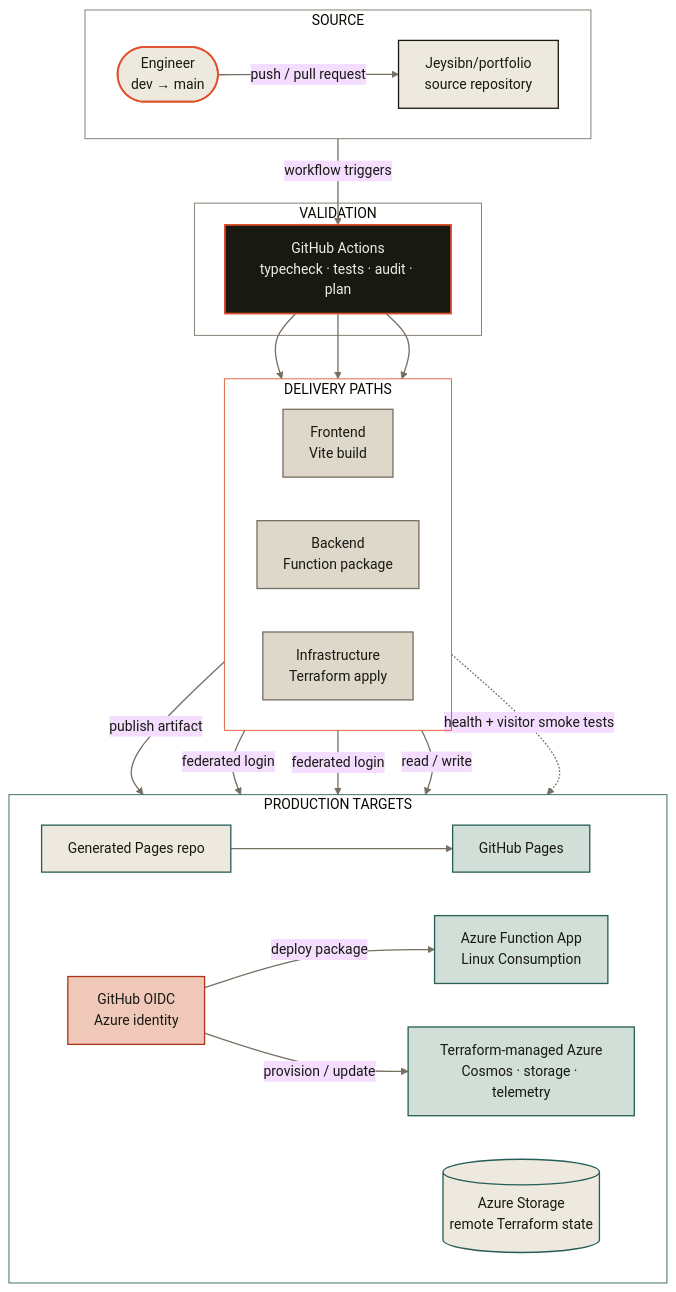
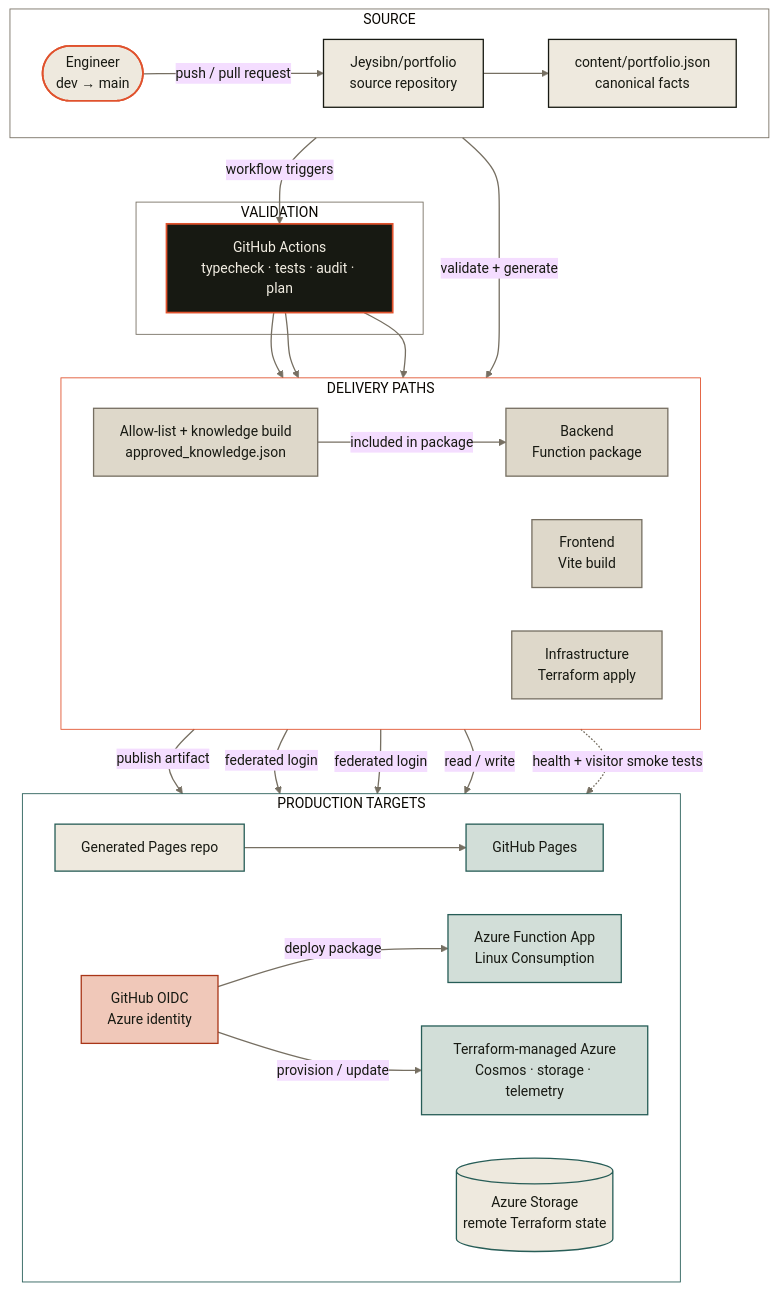
Before and after one commit to Jeysibn/portfolio: the diagram in docs/architecture/portfolio/delivery.mmd, drawn with Mermaid (base theme). The commit also changed 40 other files, not shown here.

```diff
--- a/docs/architecture/portfolio/delivery.mmd
+++ b/docs/architecture/portfolio/delivery.mmd
@@ -1,52 +1,57 @@
 %% C4 container-level delivery and infrastructure view.
 %% Audience: technical reviewers locating validation, trust, and deploy boundaries.
 %% Shows production delivery paths; runtime request handling is out of scope.
 flowchart TB
   subgraph sourcePhase["SOURCE"]
     direction LR
     engineer(["Engineer<br/>dev → main"]):::actor
     source["Jeysibn/portfolio<br/>source repository"]:::surface
+    content["content/portfolio.json<br/>canonical facts"]:::surface
     engineer -->|"push / pull request"| source
+    source --> content
   end
   subgraph validationPhase["VALIDATION"]
     gates["GitHub Actions<br/>typecheck · tests · audit · plan"]:::control
   end
   subgraph deliveryPhase["DELIVERY PATHS"]
     direction LR
+    knowledge["Allow-list + knowledge build<br/>approved_knowledge.json"]:::pipeline
     frontend["Frontend<br/>Vite build"]:::pipeline
     backend["Backend<br/>Function package"]:::pipeline
     infra["Infrastructure<br/>Terraform apply"]:::pipeline
   end
   subgraph productionPhase["PRODUCTION TARGETS"]
     direction LR
     pagesRepo["Generated Pages repo"]:::state
     pages["GitHub Pages"]:::runtime
     oidc["GitHub OIDC<br/>Azure identity"]:::trust
     function["Azure Function App<br/>Linux Consumption"]:::runtime
     azure["Terraform-managed Azure<br/>Cosmos · storage · telemetry"]:::runtime
     tfstate[("Azure Storage<br/>remote Terraform state")]:::state
   end
   source -->|"workflow triggers"| gates
+  content -->|"validate + generate"| knowledge
+  knowledge -->|"included in package"| backend
   gates --> frontend
   gates --> backend
   gates --> infra
   frontend -->|"publish artifact"| pagesRepo
   pagesRepo --> pages
   backend -->|"federated login"| oidc
   infra -->|"federated login"| oidc
   oidc -->|"deploy package"| function
   oidc -->|"provision / update"| azure
   infra -->|"read / write"| tfstate
   backend -.->|"health + visitor smoke tests"| function
   classDef actor fill:#eee9de,stroke:#e0522d,color:#171912,stroke-width:2px
   classDef surface fill:#eee9de,stroke:#171912,color:#171912,stroke-width:1.5px
   classDef control fill:#171912,stroke:#e0522d,color:#f3eee3,stroke-width:2px
   classDef pipeline fill:#ded8ca,stroke:#766f62,color:#171912,stroke-width:1.5px
   classDef trust fill:#f0c8b9,stroke:#a93618,color:#171912,stroke-width:1.5px
   classDef runtime fill:#d2ded8,stroke:#275d57,color:#171912,stroke-width:1.5px
   classDef state fill:#eee9de,stroke:#275d57,color:#171912,stroke-width:1.5px
   style sourcePhase fill:transparent,stroke:#766f62,stroke-width:1px
   style validationPhase fill:transparent,stroke:#766f62,stroke-width:1px
   style deliveryPhase fill:transparent,stroke:#e0522d,stroke-width:1px
   style productionPhase fill:transparent,stroke:#275d57,stroke-width:1px
   linkStyle default stroke:#766f62,stroke-width:1.5px,color:#171912
```
